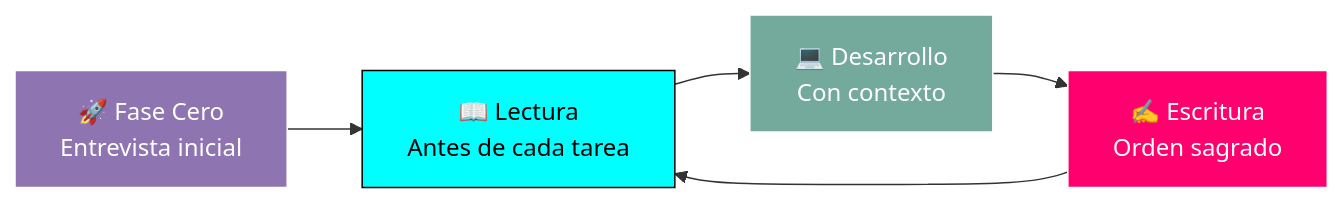
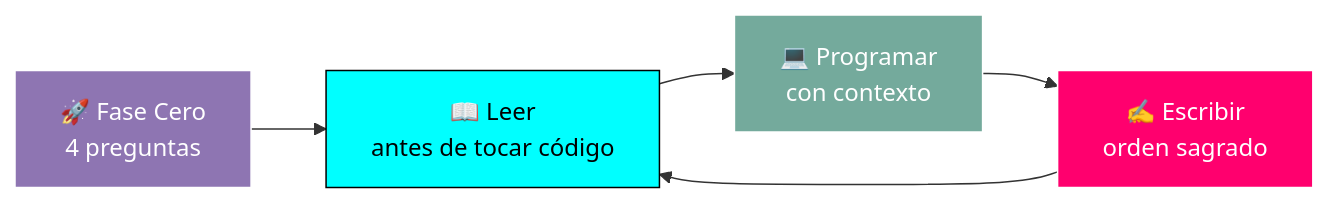
The diagram in README.md (Cyberdark-Security/tridente-de-memoria-skill), drawn with Mermaid before and after one commit. The commit also changed other lines of this file and 48 other files, not shown here.

````diff
--- a/README.md
+++ b/README.md
@@ -145,12 +45,12 @@
 ```mermaid
 flowchart LR
-    A["🚀 Fase Cero<br/>Entrevista inicial"] --> B["📖 Lectura<br/>Antes de cada tarea"]
-    B --> C["💻 Desarrollo<br/>Con contexto"]
-    C --> D["✍️ Escritura<br/>Orden sagrado"]
+    A["🚀 Fase Cero<br/>4 preguntas"] --> B["📖 Leer<br/>antes de tocar código"]
+    B --> C["💻 Programar<br/>con contexto"]
+    C --> D["✍️ Escribir<br/>orden sagrado"]
     D --> B
 
     style A fill:#8E75B2,stroke:#fff,color:#fff
     style B fill:#00FFFF,stroke:#000,color:#000
     style C fill:#74aa9c,stroke:#fff,color:#fff
     style D fill:#FF006E,stroke:#fff,color:#fff
 ```
````
